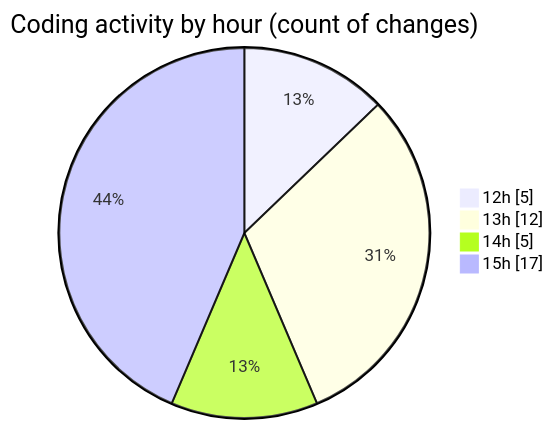
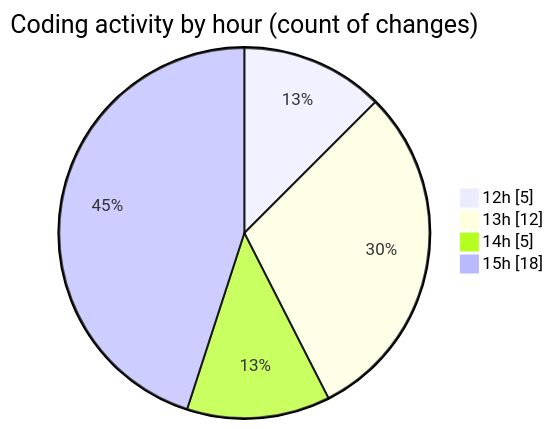
The second of 2 diagrams in 2026-04-17/airfeed-analytics-dashboard/README.md (nxtqubesakshisongat/code-tracking), drawn with Mermaid before and after one commit. The commit also changed other lines of this file and 1 other file, not shown here.

````diff
--- a/2026-04-17/airfeed-analytics-dashboard/README.md
+++ b/2026-04-17/airfeed-analytics-dashboard/README.md
@@ -34,8 +34,8 @@
 ```mermaid
 pie showData
 title Coding activity by hour (count of changes)
 "12h" : 5
 "13h" : 12
 "14h" : 5
-"15h" : 17
+"15h" : 18
 ```
````
